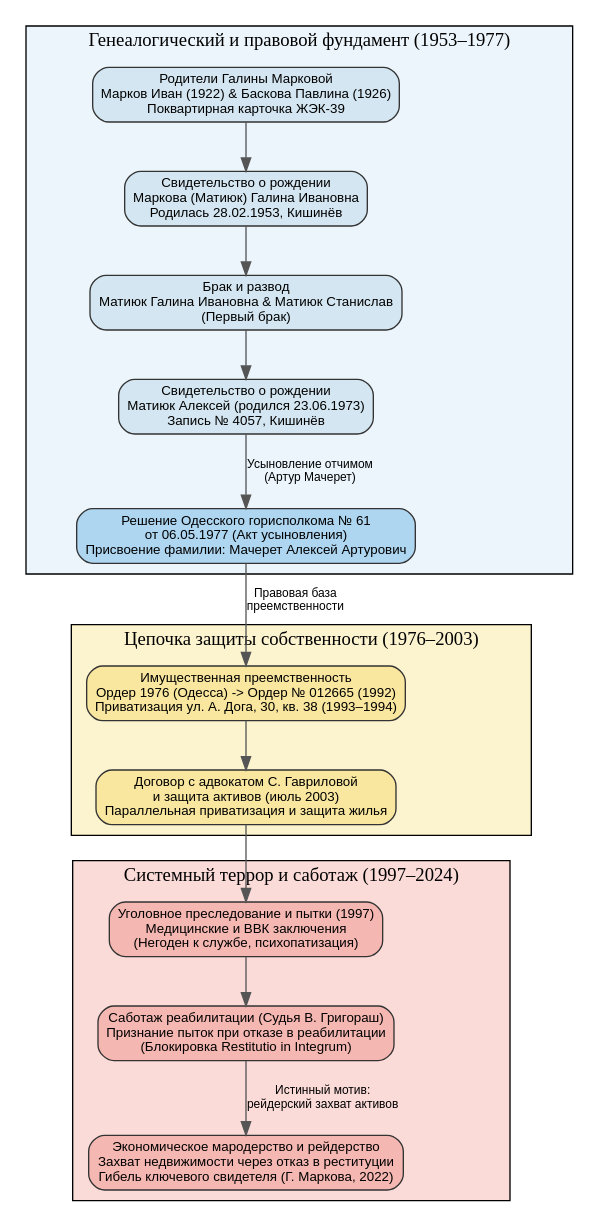
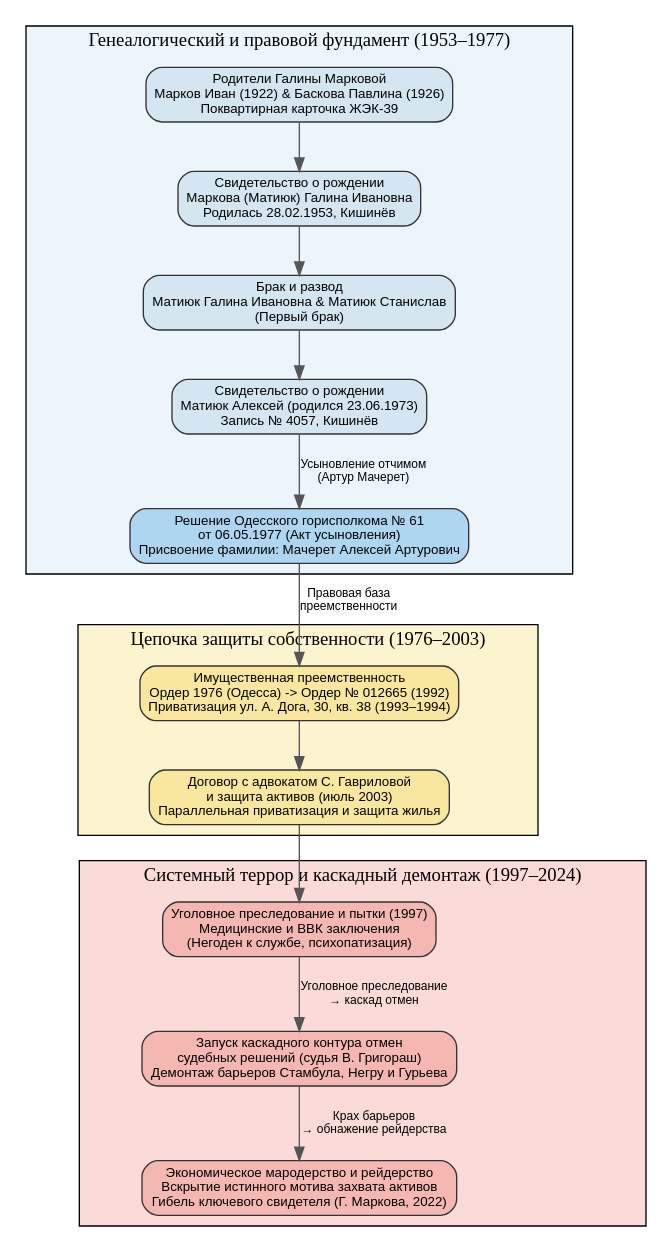
The diagram in TI_ULA_Architecture.dot (arhiv1973b/apostille-mirror), drawn with Graphviz before and after one commit. The commit also changed 2 other files, not shown here.

Commit message:
feat(topology): update TI_ULA_Architecture.dot with cascade trigger semantics [Grigoras cascade]
Refined Graphviz topology featuring the cascade circuit trigger under Judge Viorelia Grigoraș dismantling Stambol, Negru, and Gureev barriers.

```diff
--- a/TI_ULA_Architecture.dot
+++ b/TI_ULA_Architecture.dot
@@ -1,48 +1,48 @@
 digraph TI_ULA_Architecture {
     rankdir=TB;
     node [shape=box, style="rounded,filled", fontname="Arial", fontsize=10, fillcolor="#F5F5F5", color="#333333"];
     edge [fontname="Arial", fontsize=9, color="#555555"];
 
     subgraph cluster_genetics {
         label = "Генеалогический и правовой фундамент (1953–1977)";
         style=filled;
         fillcolor="#EBF5FB";
         
         PARENT_LINEAGE [label="Родители Галины Марковой\nМарков Иван (1922) & Баскова Павлина (1926)\nПоквартирная карточка ЖЭК-39", fillcolor="#D4E6F1"];
         BIRTH_GALINA [label="Свидетельство о рождении\nМаркова (Матиюк) Галина Ивановна\nРодилась 28.02.1953, Кишинёв", fillcolor="#D4E6F1"];
         MARRIAGE_PARENTS [label="Брак и развод\nМатиюк Галина Ивановна & Матиюк Станислав\n(Первый брак)", fillcolor="#D4E6F1"];
         BIRTH_CHILD [label="Свидетельство о рождении\nМатиюк Алексей (родился 23.06.1973)\nЗапись № 4057, Кишинёв", fillcolor="#D4E6F1"];
         ADOPTION_ACT_1977 [label="Решение Одесского горисполкома № 61\nот 06.05.1977 (Акт усыновления)\nПрисвоение фамилии: Мачерет Алексей Артурович", fillcolor="#AED6F1"];
 
         PARENT_LINEAGE -> BIRTH_GALINA;
         BIRTH_GALINA -> MARRIAGE_PARENTS;
         MARRIAGE_PARENTS -> BIRTH_CHILD;
         BIRTH_CHILD -> ADOPTION_ACT_1977 [label="Усыновление отчимом\n(Артур Мачерет)"];
     }
 
     subgraph cluster_property {
         label = "Цепочка защиты собственности (1976–2003)";
         style=filled;
         fillcolor="#FCF3CF";
 
         PROPERTY_CHAIN [label="Имущественная преемственность\nОрдер 1976 (Одесса) -> Ордер № 012665 (1992)\nПриватизация ул. А. Дога, 30, кв. 38 (1993–1994)", fillcolor="#F9E79F"];
         DEFENSE_2003 [label="Договор с адвокатом С. Гавриловой\nи защита активов (июль 2003)\nПараллельная приватизация и защита жилья", fillcolor="#F9E79F"];
 
         ADOPTION_ACT_1977 -> PROPERTY_CHAIN [label="Правовая база\nпреемственности"];
         PROPERTY_CHAIN -> DEFENSE_2003;
     }
 
     subgraph cluster_repression {
-        label = "Системный террор и саботаж (1997–2024)";
+        label = "Системный террор и каскадный демонтаж (1997–2024)";
         style=filled;
         fillcolor="#FADBD8";
 
         TORMENT_1997 [label="Уголовное преследование и пытки (1997)\nМедицинские и ВВК заключения\n(Негоден к службе, психопатизация)", fillcolor="#F5B7B1"];
-        GRIGORAS_SABOTAGE [label="Саботаж реабилитации (Судья В. Григораш)\nПризнание пыток при отказе в реабилитации\n(Блокировка Restitutio in Integrum)", fillcolor="#F5B7B1"];
-        ECONOMIC_MARAUDING [label="Экономическое мародерство и рейдерство\nЗахват недвижимости через отказ в реституции\nГибель ключевого свидетеля (Г. Маркова, 2022)", fillcolor="#F5B7B1"];
+        GRIGORAS_CASCADE_TRIGGER [label="Запуск каскадного контура отмен\nсудебных решений (судья В. Григораш)\nДемонтаж барьеров Стамбула, Негру и Гурьева", fillcolor="#F5B7B1"];
+        ECONOMIC_MARAUDING [label="Экономическое мародерство и рейдерство\nВскрытие истинного мотива захвата активов\nГибель ключевого свидетеля (Г. Маркова, 2022)", fillcolor="#F5B7B1"];
 
         DEFENSE_2003 -> TORMENT_1997;
-        TORMENT_1997 -> GRIGORAS_SABOTAGE;
-        GRIGORAS_SABOTAGE -> ECONOMIC_MARAUDING [label="Истинный мотив:\nрейдерский захват активов"];
+        TORMENT_1997 -> GRIGORAS_CASCADE_TRIGGER [label="Уголовное преследование\n→ каскад отмен"];
+        GRIGORAS_CASCADE_TRIGGER -> ECONOMIC_MARAUDING [label="Крах барьеров\n→ обнажение рейдерства"];
     }
 }
```
